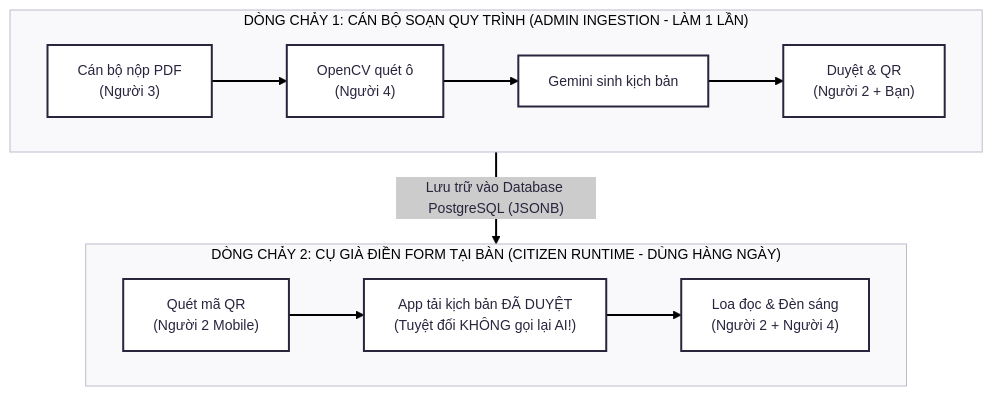
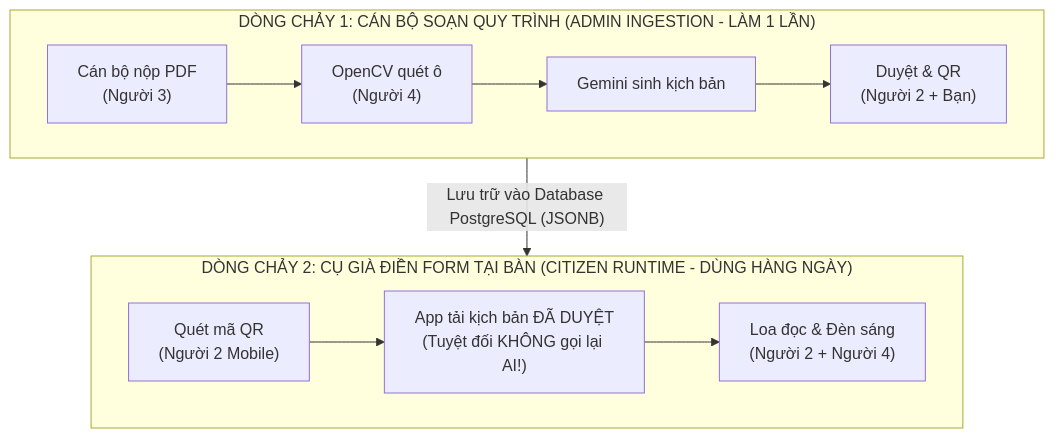
Before and after one commit to n22tk05/AFL-Platform: the first of 2 diagrams in docs/WORKFLOW-PIPELINE.md, drawn with Mermaid. The commit also changed other lines of this file, not shown here.

Commit message:
Remove mermaid config from WORKFLOW-PIPELINE.md
Removed configuration settings for mermaid diagrams in the workflow documentation.

````diff
--- a/docs/WORKFLOW-PIPELINE.md
+++ b/docs/WORKFLOW-PIPELINE.md
@@ -30,23 +30,18 @@
 ```mermaid
----
-config:
-  theme: redux
-  look: classic
-  fontFamily: '''Open Sans Variable'', sans-serif'
----
+
 flowchart TD
     subgraph DONG_CHAY_1 ["DÒNG CHẢY 1: CÁN BỘ SOẠN QUY TRÌNH (ADMIN INGESTION - LÀM 1 LẦN)"]
         direction LR
         P1["Cán bộ nộp PDF<br>(Người 3)"] --> P2["OpenCV quét ô<br>(Người 4)"]
         P2 --> P3["Gemini sinh kịch bản"]
         P3 --> P4["Duyệt & QR<br>(Người 2 + Bạn)"]
     end
 
     DONG_CHAY_1 -->|"Lưu trữ vào Database PostgreSQL (JSONB)"| DONG_CHAY_2
 
     subgraph DONG_CHAY_2 ["DÒNG CHẢY 2: CỤ GIÀ ĐIỀN FORM TẠI BÀN (CITIZEN RUNTIME - DÙNG HÀNG NGÀY)"]
         direction LR
         C1["Quét mã QR<br>(Người 2 Mobile)"] --> C2["App tải kịch bản ĐÃ DUYỆT<br>(Tuyệt đối KHÔNG gọi lại AI!)"]
         C2 --> C3["Loa đọc & Đèn sáng<br>(Người 2 + Người 4)"]
     end
 ```
````
